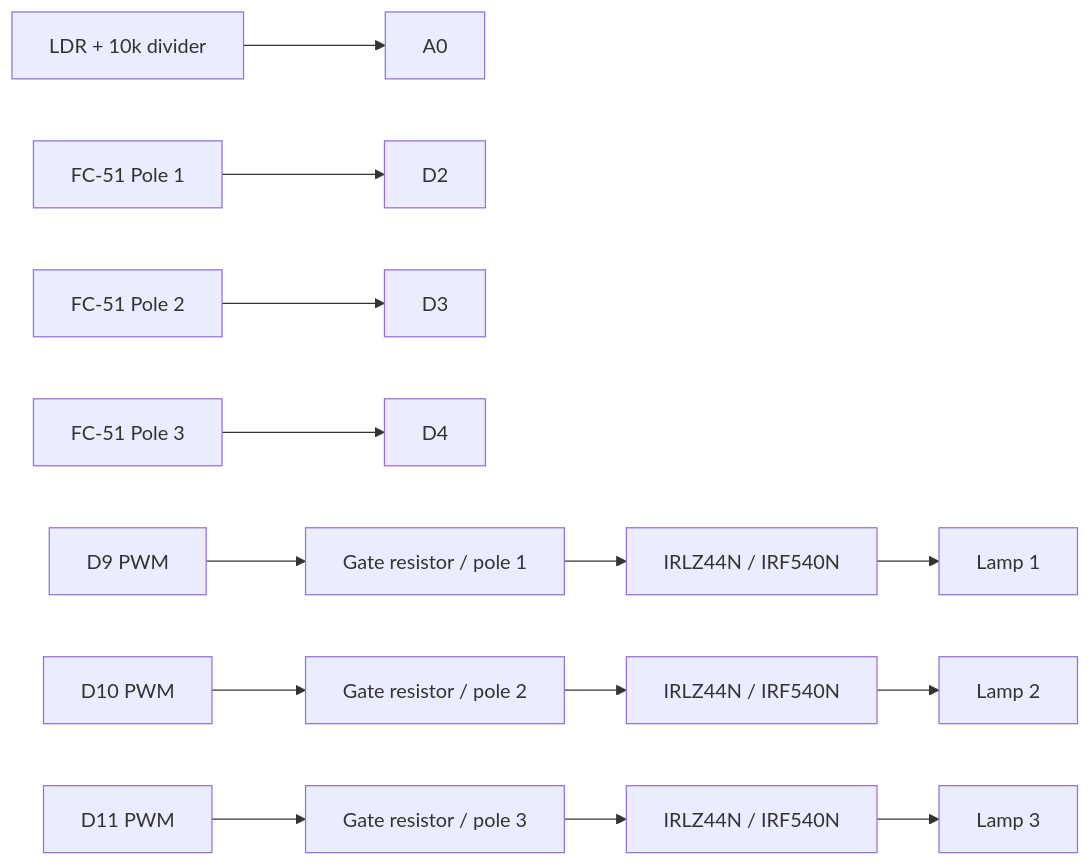
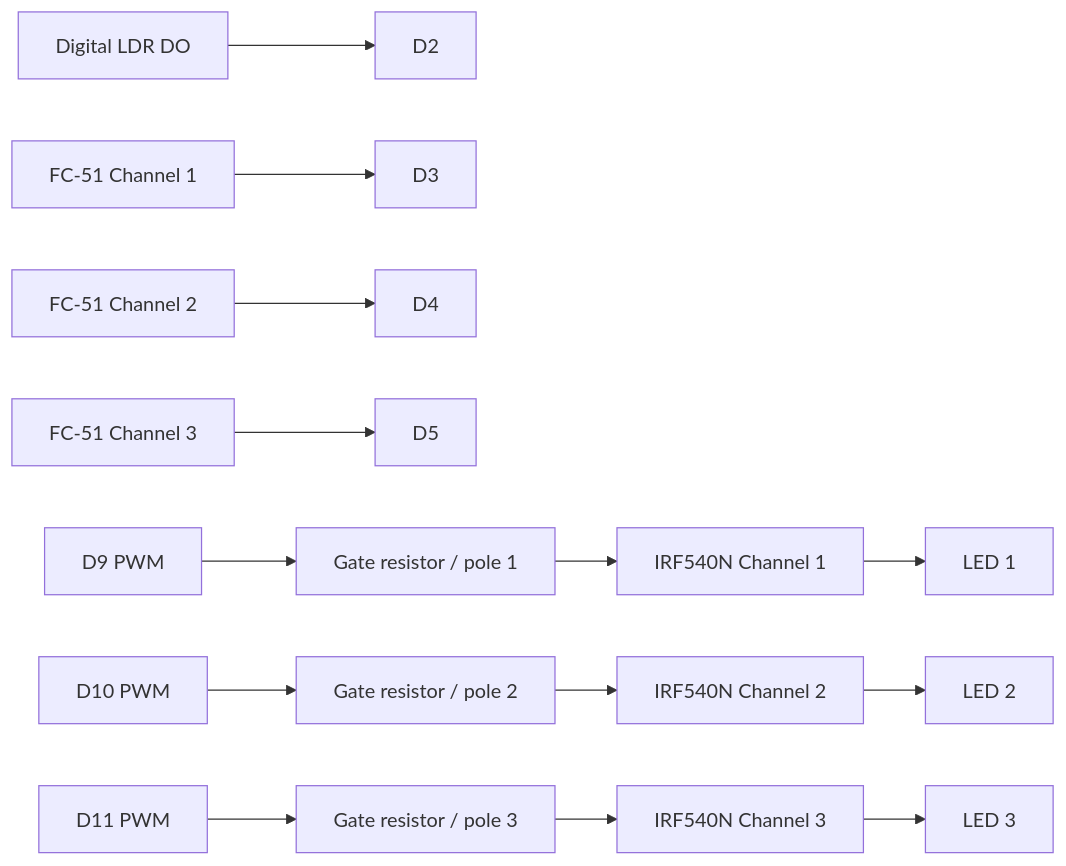
One commit to Xpark-Lab/Smart_Street_Light_IR_Sensors changed the diagram in docs/wiring_guide.md. Above: the diagram before and after it, drawn with Mermaid. The commit also changed other lines of this file and 6 other files, not shown here.

````diff
--- a/docs/wiring_guide.md
+++ b/docs/wiring_guide.md
@@ -67,19 +60,19 @@
 ```mermaid
 flowchart LR
-    LDR[LDR + 10k divider] --> A0[A0]
-    IR1[FC-51 Pole 1] --> D2[D2]
-    IR2[FC-51 Pole 2] --> D3[D3]
-    IR3[FC-51 Pole 3] --> D4[D4]
+    LDR[Digital LDR DO] --> D2[D2]
+    IR1[FC-51 Channel 1] --> D3[D3]
+    IR2[FC-51 Channel 2] --> D4[D4]
+    IR3[FC-51 Channel 3] --> D5[D5]
 
     D9[D9 PWM] --> G1[Gate resistor / pole 1]
     D10[D10 PWM] --> G2[Gate resistor / pole 2]
     D11[D11 PWM] --> G3[Gate resistor / pole 3]
 
-    G1 --> M1[IRLZ44N / IRF540N]
-    G2 --> M2[IRLZ44N / IRF540N]
-    G3 --> M3[IRLZ44N / IRF540N]
+    G1 --> M1[IRF540N Channel 1]
+    G2 --> M2[IRF540N Channel 2]
+    G3 --> M3[IRF540N Channel 3]
 
-    M1 --> L1[Lamp 1]
-    M2 --> L2[Lamp 2]
-    M3 --> L3[Lamp 3]
+    M1 --> L1[LED 1]
+    M2 --> L2[LED 2]
+    M3 --> L3[LED 3]
 ```
````
